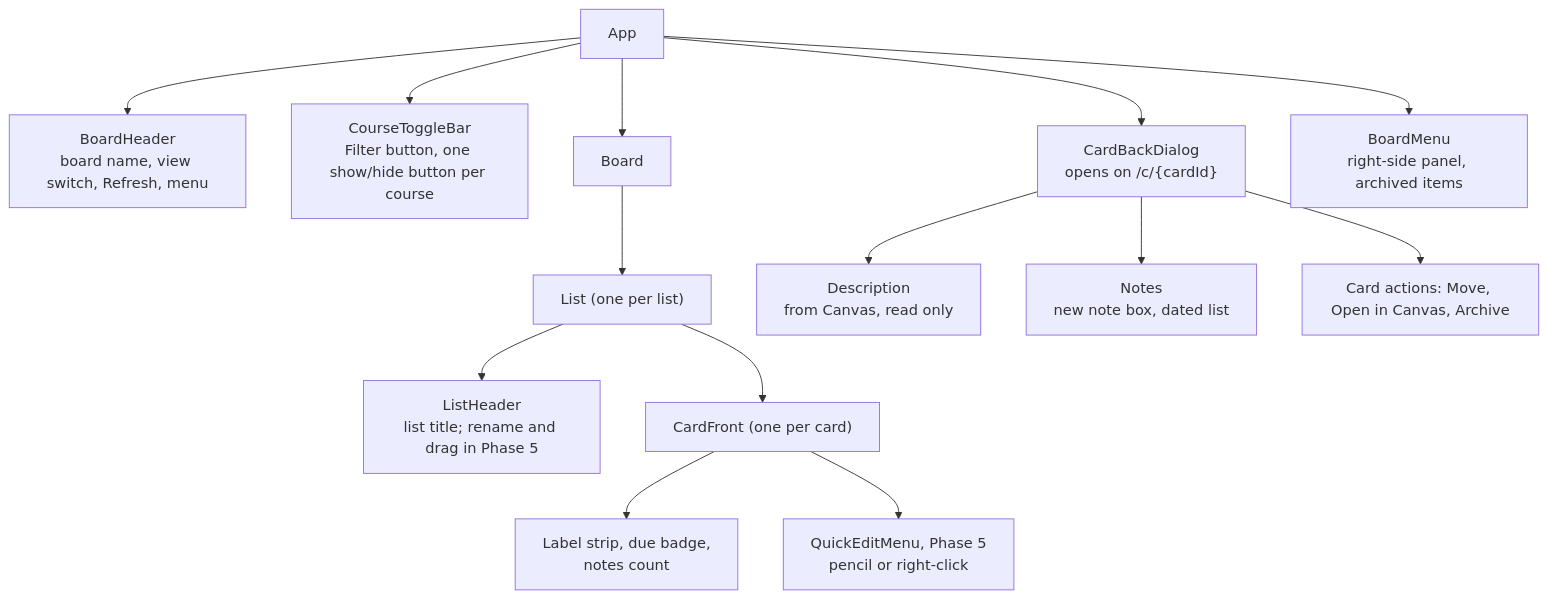
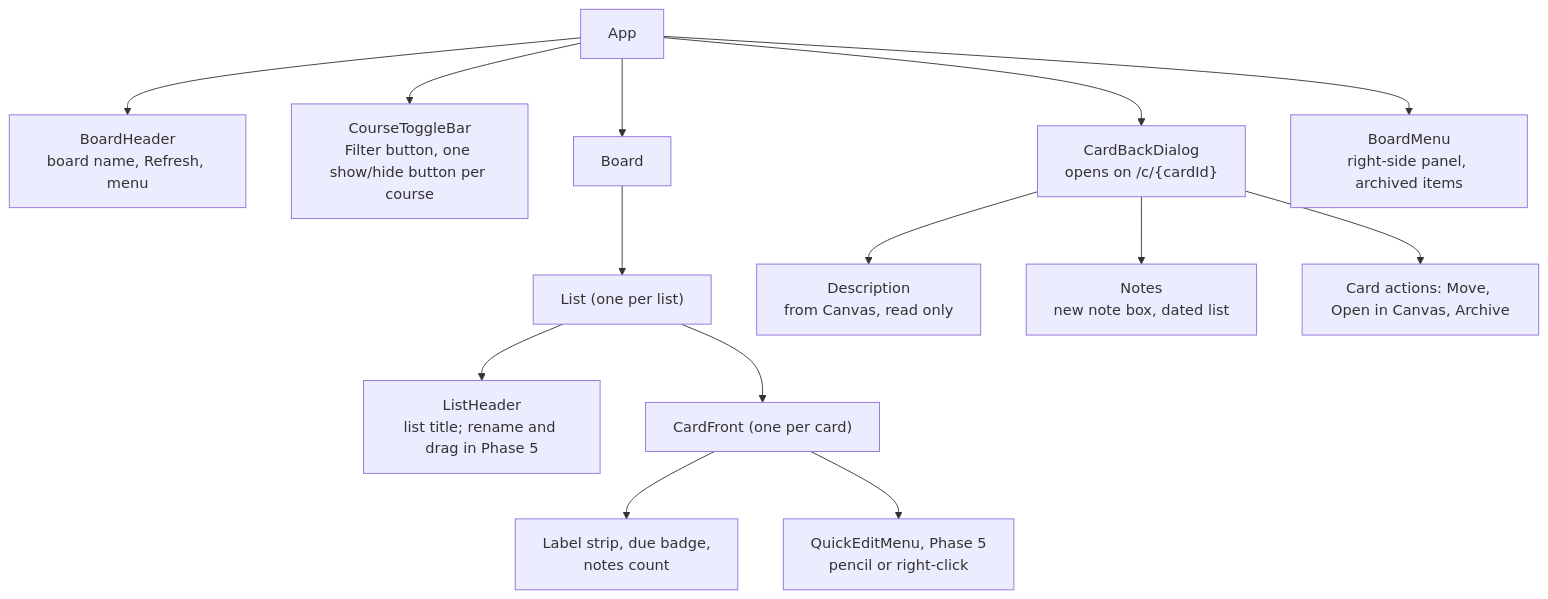
Before and after one commit to bbranton/TestProj: the fifth of 5 diagrams in docs/canvas-portal/03-design.md, drawn with Mermaid. The commit also changed other lines of this file and 4 other files, not shown here.

First line of the commit message:
Remove the table view; the board is the only view

````diff
--- a/docs/canvas-portal/03-design.md
+++ b/docs/canvas-portal/03-design.md
@@ -408,16 +407,16 @@
 ```mermaid
 flowchart TD
-    App --> Header["BoardHeader<br/>board name, view switch, Refresh, menu"]
+    App --> Header["BoardHeader<br/>board name, Refresh, menu"]
     App --> Toggles["CourseToggleBar<br/>Filter button, one show/hide button per course"]
     App --> Board
     App --> CardBack["CardBackDialog<br/>opens on /c/{cardId}"]
     App --> BoardMenu["BoardMenu<br/>right-side panel, archived items"]
     Board --> List["List (one per list)"]
     List --> ListHeader["ListHeader<br/>list title; rename and drag in Phase 5"]
     List --> Card["CardFront (one per card)"]
     Card --> Badges["Label strip, due badge,<br/>notes count"]
     Card --> QuickEdit["QuickEditMenu, Phase 5<br/>pencil or right-click"]
     CardBack --> Desc["Description<br/>from Canvas, read only"]
     CardBack --> Notes["Notes<br/>new note box, dated list"]
     CardBack --> Sidebar["Card actions: Move, Open in Canvas, Archive"]
 ```
````
